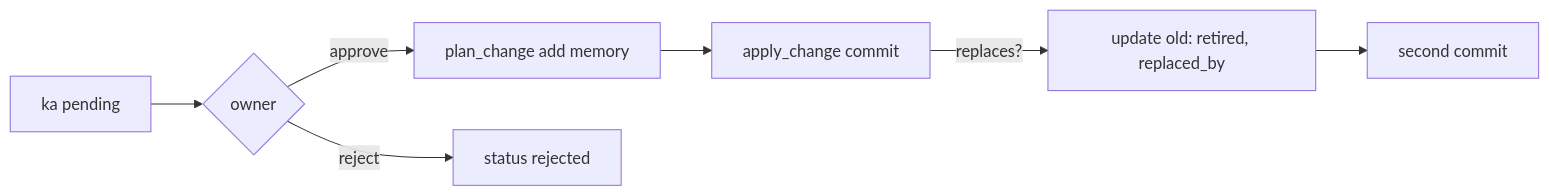
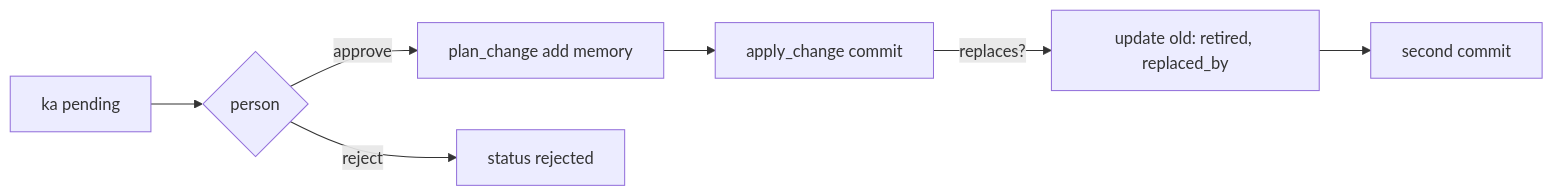
Before and after one commit to sarathkumar365/Ka: the diagram in context/flows/review-pending.md, drawn with Mermaid. The commit also changed other lines of this file and 85 other files, not shown here.

````diff
--- a/context/flows/review-pending.md
+++ b/context/flows/review-pending.md
@@ -5,7 +5,7 @@
 ```mermaid
 flowchart LR
-    L[ka pending] --> I{owner}
+    L[ka pending] --> I{person}
     I -->|approve| A[plan_change add memory] --> C[apply_change commit]
     C -->|replaces?| R[update old: retired, replaced_by] --> C2[second commit]
     I -->|reject| X[status rejected]
 ```
````
